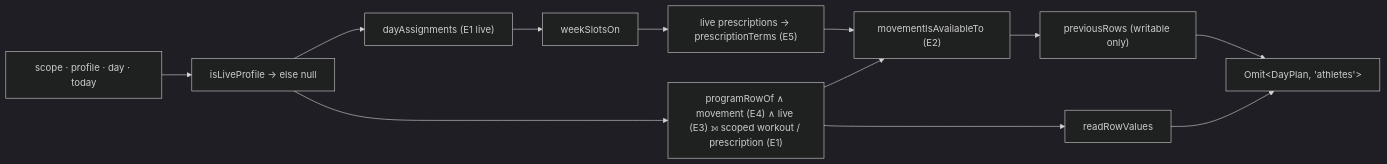
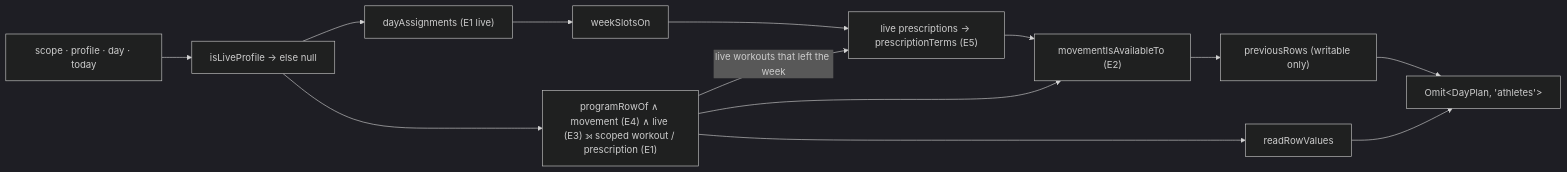
Before and after one commit to ralamode/mat-plan: the diagram in docs/features/day-writers.md, drawn with Mermaid (dark theme). The commit also changed other lines of this file and 7 other files, not shown here.

````diff
--- a/docs/features/day-writers.md
+++ b/docs/features/day-writers.md
@@ -151,11 +163,12 @@
 ```mermaid
 flowchart LR
   IN["scope · profile · day · today"] --> PRO["isLiveProfile → else null"]
   PRO --> ASG["dayAssignments (E1 live)"] --> SLOT["weekSlotsOn"] --> RX["live prescriptions → prescriptionTerms (E5)"]
   PRO --> LOG["programRowOf ∧ movement (E4) ∧ live (E3) ⟕ scoped workout / prescription (E1)"] --> VAL["readRowValues"]
+  LOG -->|"live workouts that left the week"| RX
   RX --> MOV["movementIsAvailableTo (E2)"]
   LOG --> MOV
   MOV --> PREV["previousRows (writable only)"]
   PREV --> OUT["Omit&lt;DayPlan, 'athletes'&gt;"]
   VAL --> OUT
 ```
````
